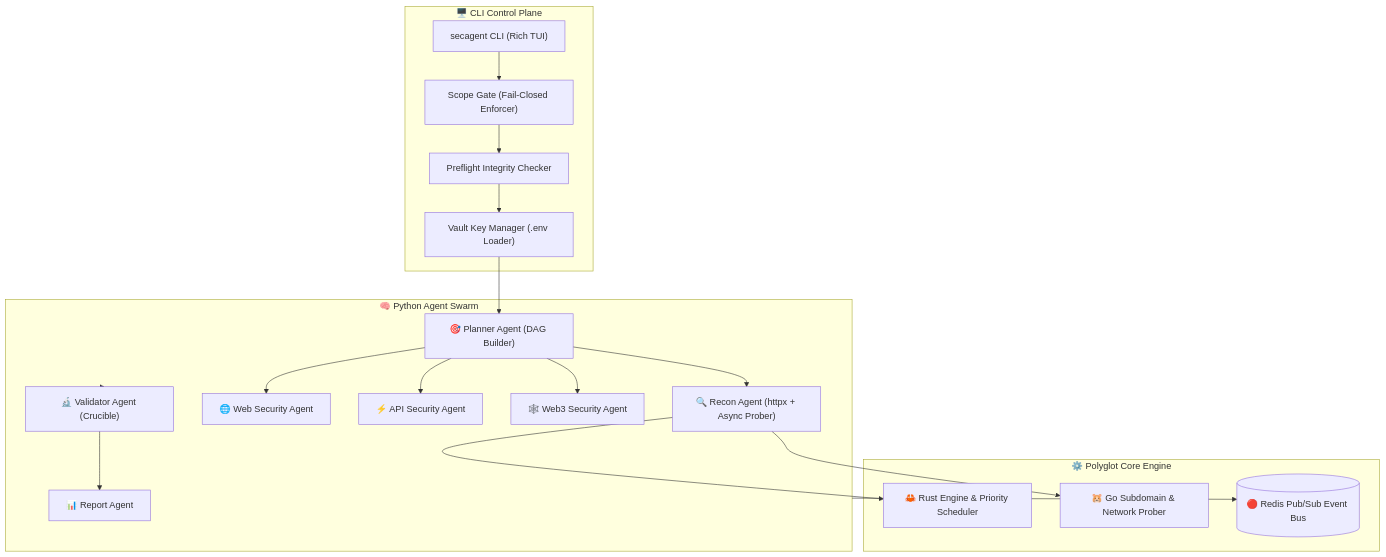
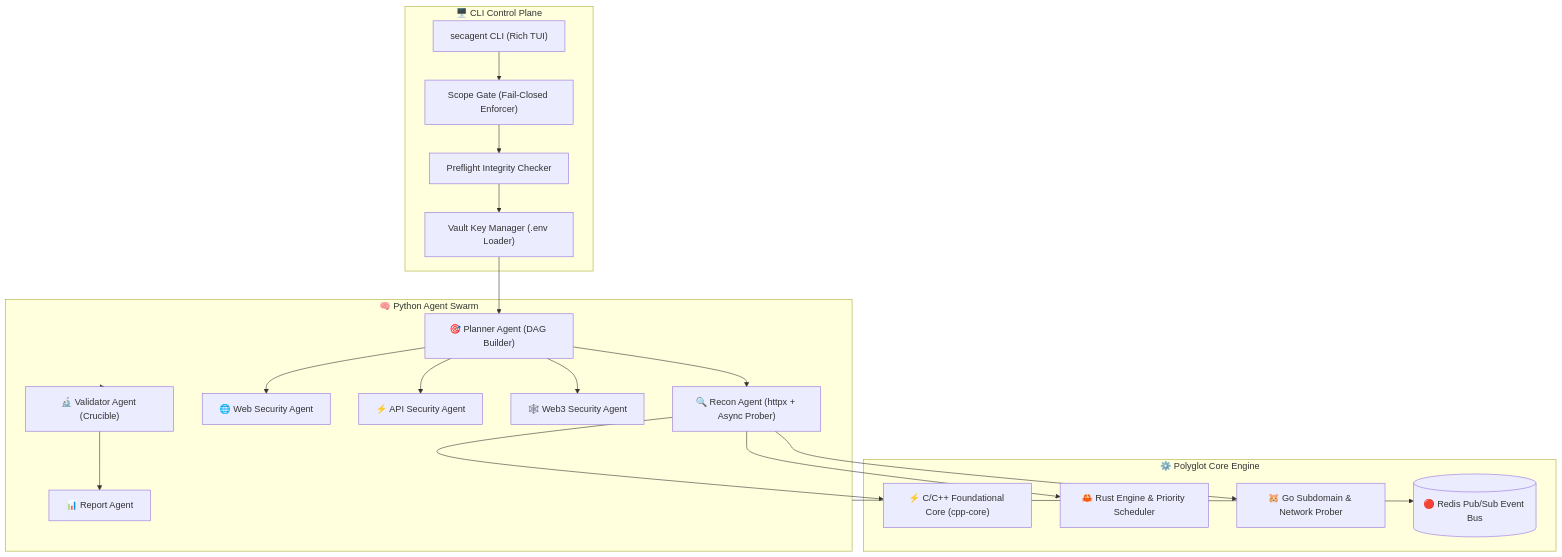
One commit to gl1tch0x1/cog-ai changed the first of 5 diagrams in README.md. Above: the diagram before and after it, drawn with Mermaid. The commit also changed other lines of this file, not shown here.

First line of the commit message:
docs(readme): document C/C++ foundational core architecture, topology diagram, and native code demonstrations

````diff
--- a/README.md
+++ b/README.md
@@ -112,39 +112,41 @@
 ```mermaid
 graph TB
     subgraph CLI_LAYER["🖥️ CLI Control Plane"]
         CLI["secagent CLI (Rich TUI)"]
         SCOPE["Scope Gate (Fail-Closed Enforcer)"]
         VAULT["Vault Key Manager (.env Loader)"]
         PREFLIGHT["Preflight Integrity Checker"]
     end
 
     subgraph SWARM_LAYER["🧠 Python Agent Swarm"]
         PLANNER["🎯 Planner Agent (DAG Builder)"]
         RECON["🔍 Recon Agent (httpx + Async Prober)"]
         WEB["🌐 Web Security Agent"]
         API["⚡ API Security Agent"]
         WEB3["🕸️ Web3 Security Agent"]
         VALIDATOR["🔬 Validator Agent (Crucible)"]
         REPORTER["📊 Report Agent"]
     end
 
     subgraph ENGINE_LAYER["⚙️ Polyglot Core Engine"]
+        CPP["⚡ C/C++ Foundational Core (cpp-core)"]
         RUST["🦀 Rust Engine & Priority Scheduler"]
         GO["🐹 Go Subdomain & Network Prober"]
         REDIS[("🔴 Redis Pub/Sub Event Bus")]
     end
 
     CLI --> SCOPE
     SCOPE --> PREFLIGHT
     PREFLIGHT --> VAULT
     VAULT --> PLANNER
     PLANNER --> RECON
     PLANNER --> WEB
     PLANNER --> API
     PLANNER --> WEB3
     RECON --> GO
     RECON --> RUST
+    RECON --> CPP
     SWARM_LAYER --> REDIS
     SWARM_LAYER --> VALIDATOR
     VALIDATOR --> REPORTER
 ```
````
